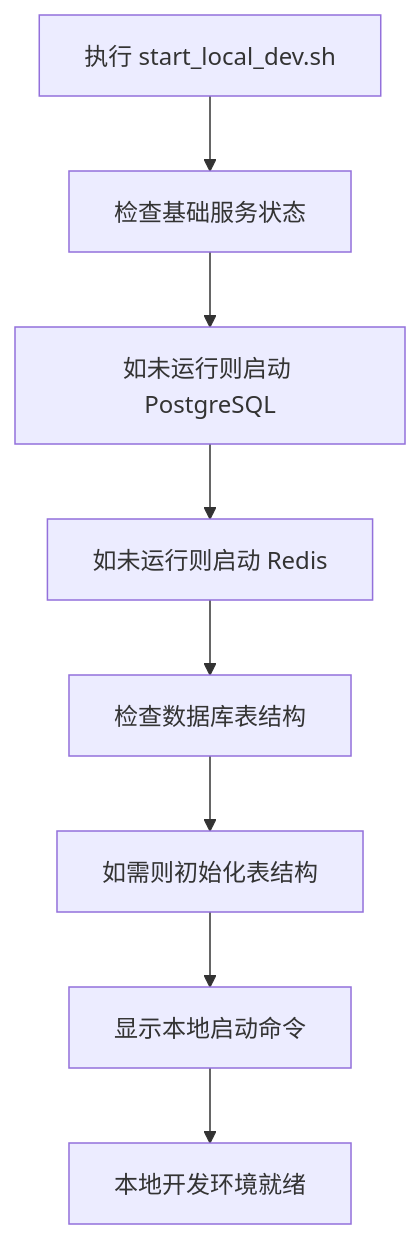
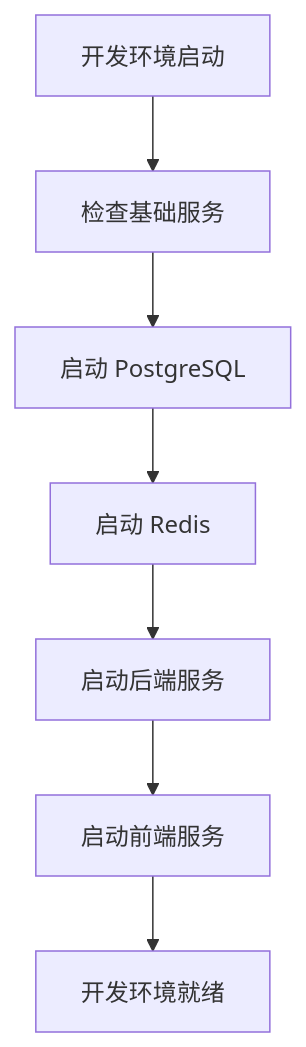
Diagram 12 of 14 in .qoder/repowiki/zh/content/Docker Deployment.md (xfbyxq/ai-novel-system), drawn with Mermaid before and after one commit. The commit also changed other lines of this file and 8 other files, not shown here.

````diff
--- a/.qoder/repowiki/zh/content/Docker Deployment.md
+++ b/.qoder/repowiki/zh/content/Docker Deployment.md
@@ -506,10 +545,9 @@
 ```mermaid
 flowchart TD
-START[执行 start_local_dev.sh] --> CHECK_BASE_SERVICES[检查基础服务状态]
-CHECK_BASE_SERVICES --> START_POSTGRES[如未运行则启动 PostgreSQL]
-START_POSTGRES --> START_REDIS[如未运行则启动 Redis]
-START_REDIS --> CHECK_TABLES[检查数据库表结构]
-CHECK_TABLES --> INIT_TABLES[如需则初始化表结构]
-INIT_TABLES --> SHOW_LOCAL_COMMANDS[显示本地启动命令]
-SHOW_LOCAL_COMMANDS --> DONE[本地开发环境就绪]
+DEV_START[开发环境启动] --> CHECK_SERVICES[检查基础服务]
+CHECK_SERVICES --> START_POSTGRES[启动 PostgreSQL]
+START_POSTGRES --> START_REDIS[启动 Redis]
+START_REDIS --> START_BACKEND[启动后端服务]
+START_BACKEND --> START_FRONTEND[启动前端服务]
+START_FRONTEND --> DEV_READY[开发环境就绪]
 ```
````
